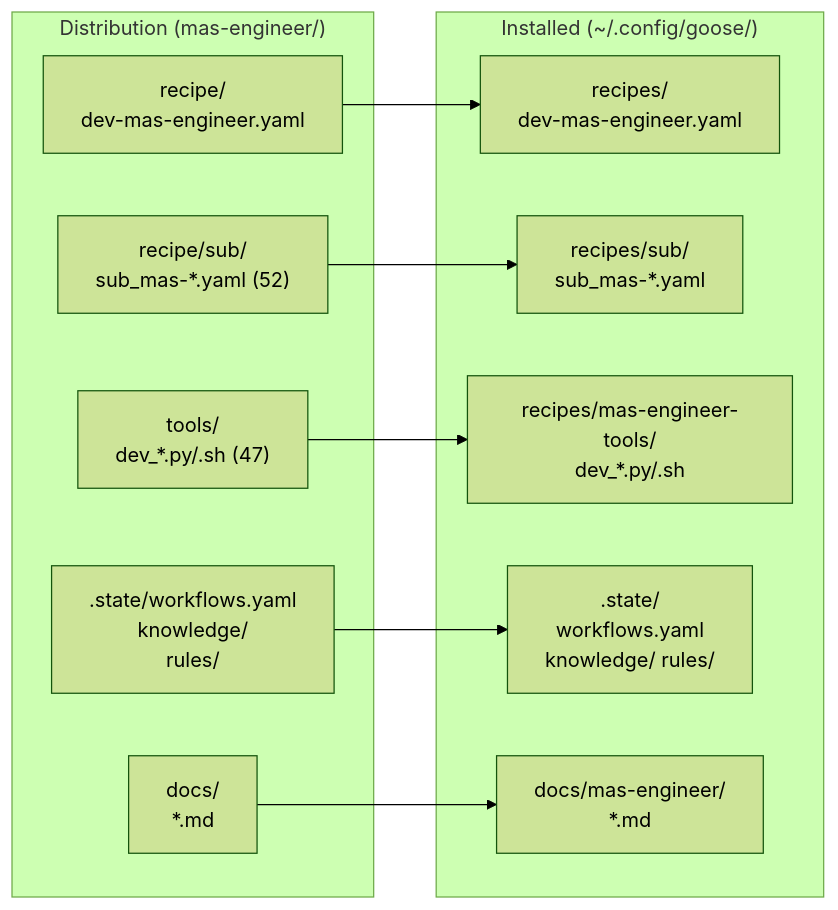
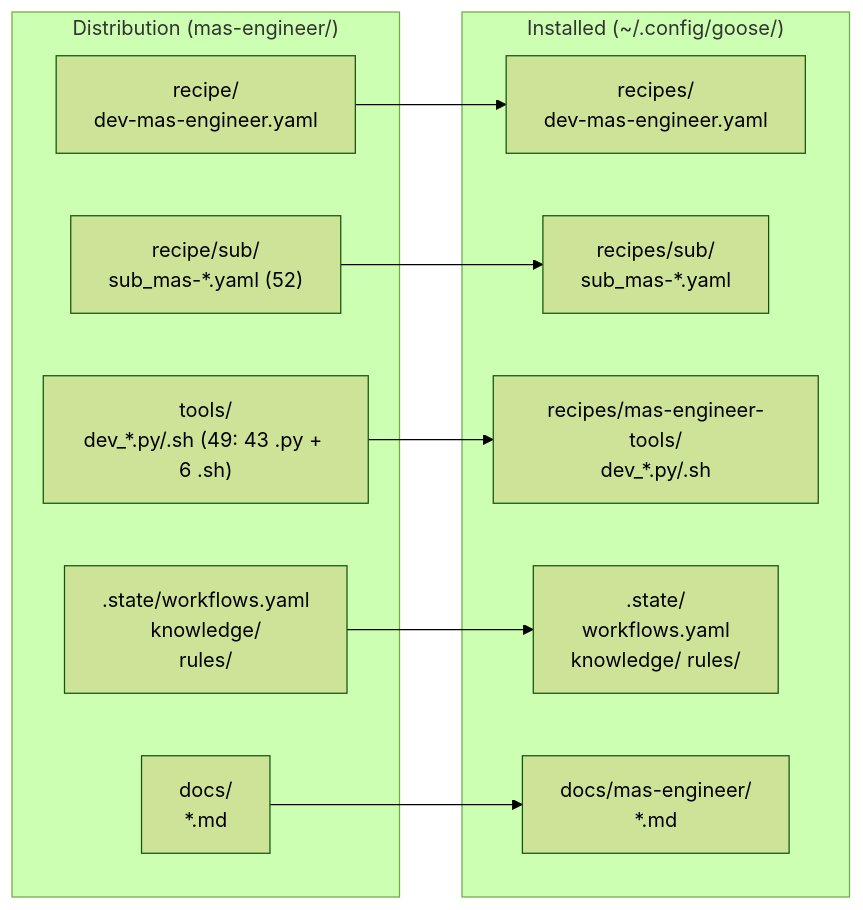
The second of 2 diagrams in docs/installation.md (mczardybon/mas-engineer), drawn with Mermaid (forest theme) before and after one commit. The commit also changed other lines of this file and 13 other files, not shown here.

````diff
--- a/docs/installation.md
+++ b/docs/installation.md
@@ -50,23 +50,23 @@
 ```mermaid
 flowchart LR
     subgraph SOURCE["Distribution (mas-engineer/)"]
         S1["recipe/\ndev-mas-engineer.yaml"]
         S2["recipe/sub/\nsub_mas-*.yaml (52)"]
-        S3["tools/\ndev_*.py/.sh (47)"]
+        S3["tools/\ndev_*.py/.sh (49: 43 .py + 6 .sh)"]
         S4[".state/workflows.yaml\nknowledge/\n rules/"]
         S5["docs/\n*.md"]
     end
     subgraph DEST["Installed (~/.config/goose/)"]
         D1["recipes/\ndev-mas-engineer.yaml"]
         D2["recipes/sub/\nsub_mas-*.yaml"]
         D3["recipes/mas-engineer-tools/\ndev_*.py/.sh"]
         D4[".state/\nworkflows.yaml\nknowledge/ rules/"]
         D5["docs/mas-engineer/\n*.md"]
     end
 
     S1 --> D1
     S2 --> D2
     S3 --> D3
     S4 --> D4
     S5 --> D5
 ```
````
